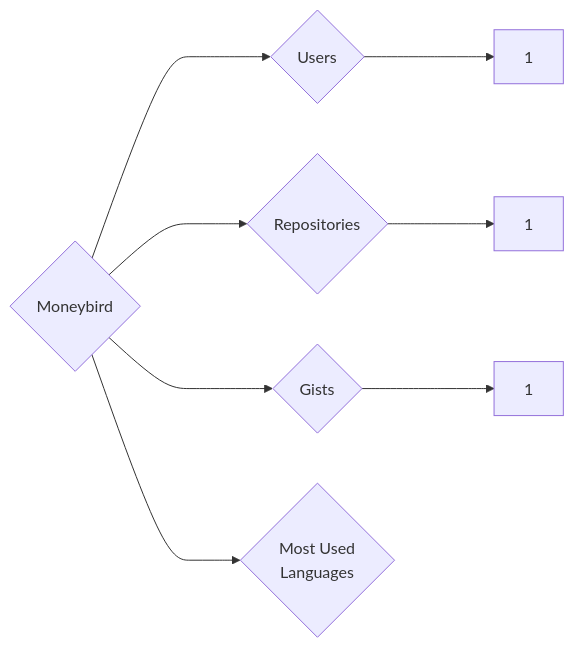
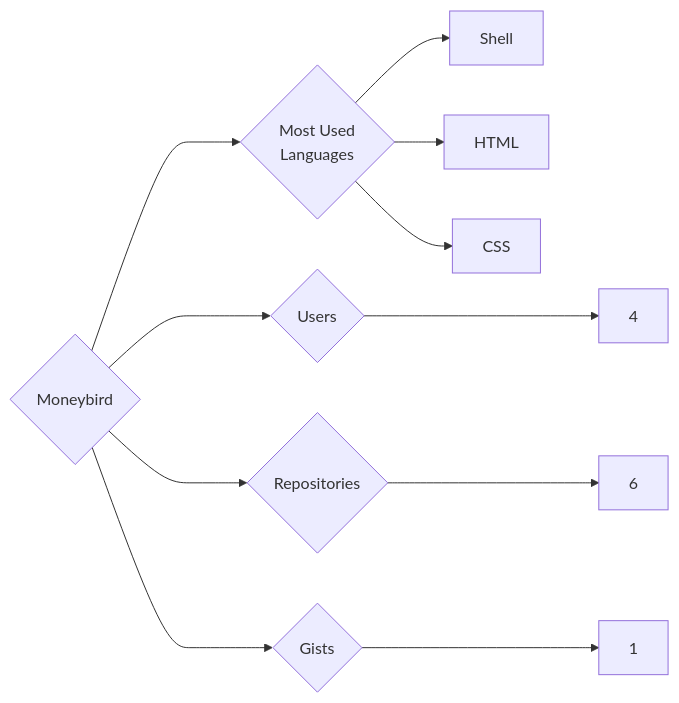
The diagram in targets/Moneybird/README.md (trickest/insiders), drawn with Mermaid before and after one commit. The commit also changed 833 other files, not shown here.

````diff
--- a/targets/Moneybird/README.md
+++ b/targets/Moneybird/README.md
@@ -3,8 +3,11 @@
 ```mermaid
 graph LR
 COMPANY_NAME{Moneybird}
-COMPANY_NAME ---> U{Users} ---> UN[1]
-COMPANY_NAME ---> R{Repositories} ---> RN[1]
+COMPANY_NAME ---> U{Users} ---> UN[4]
+COMPANY_NAME ---> R{Repositories} ---> RN[6]
 COMPANY_NAME ---> G{Gists} ---> GN[1]
 COMPANY_NAME ---> ML{Most Used<br>Languages}
+ML --> Shell[Shell]
+ML --> HTML[HTML]
+ML --> CSS[CSS]
 ```
````
